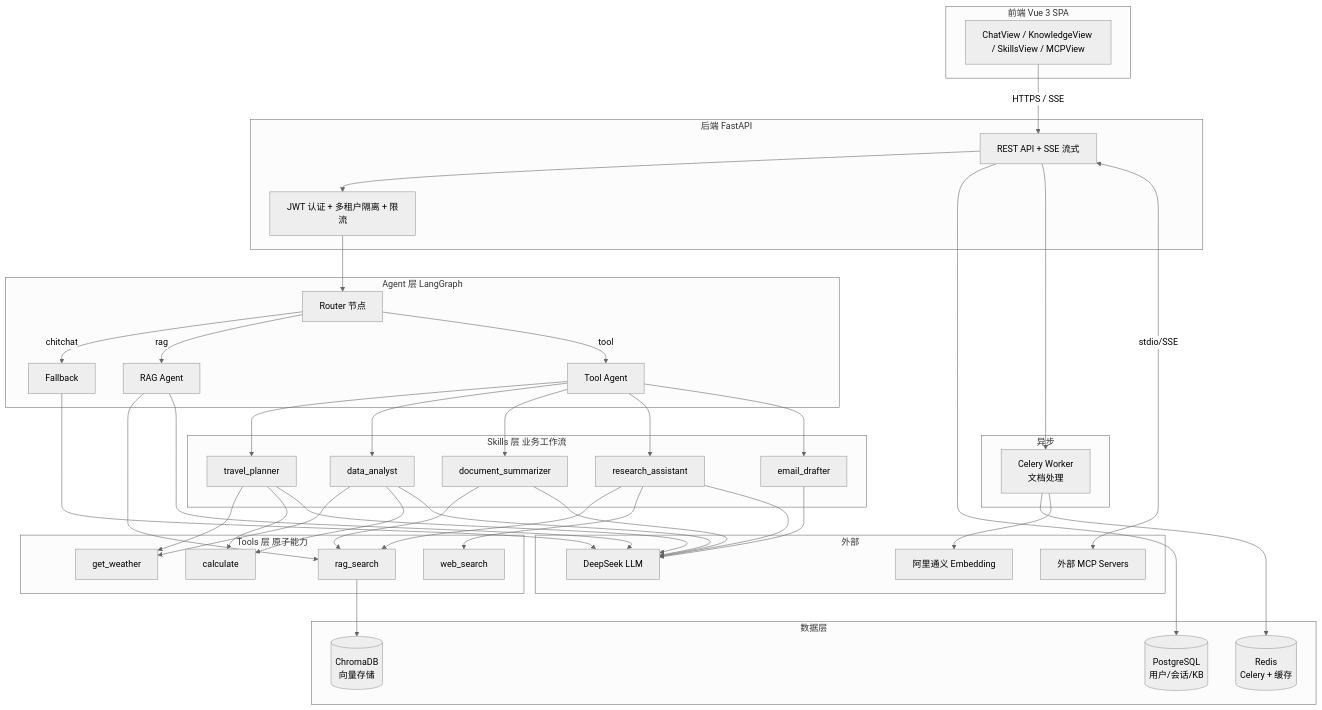
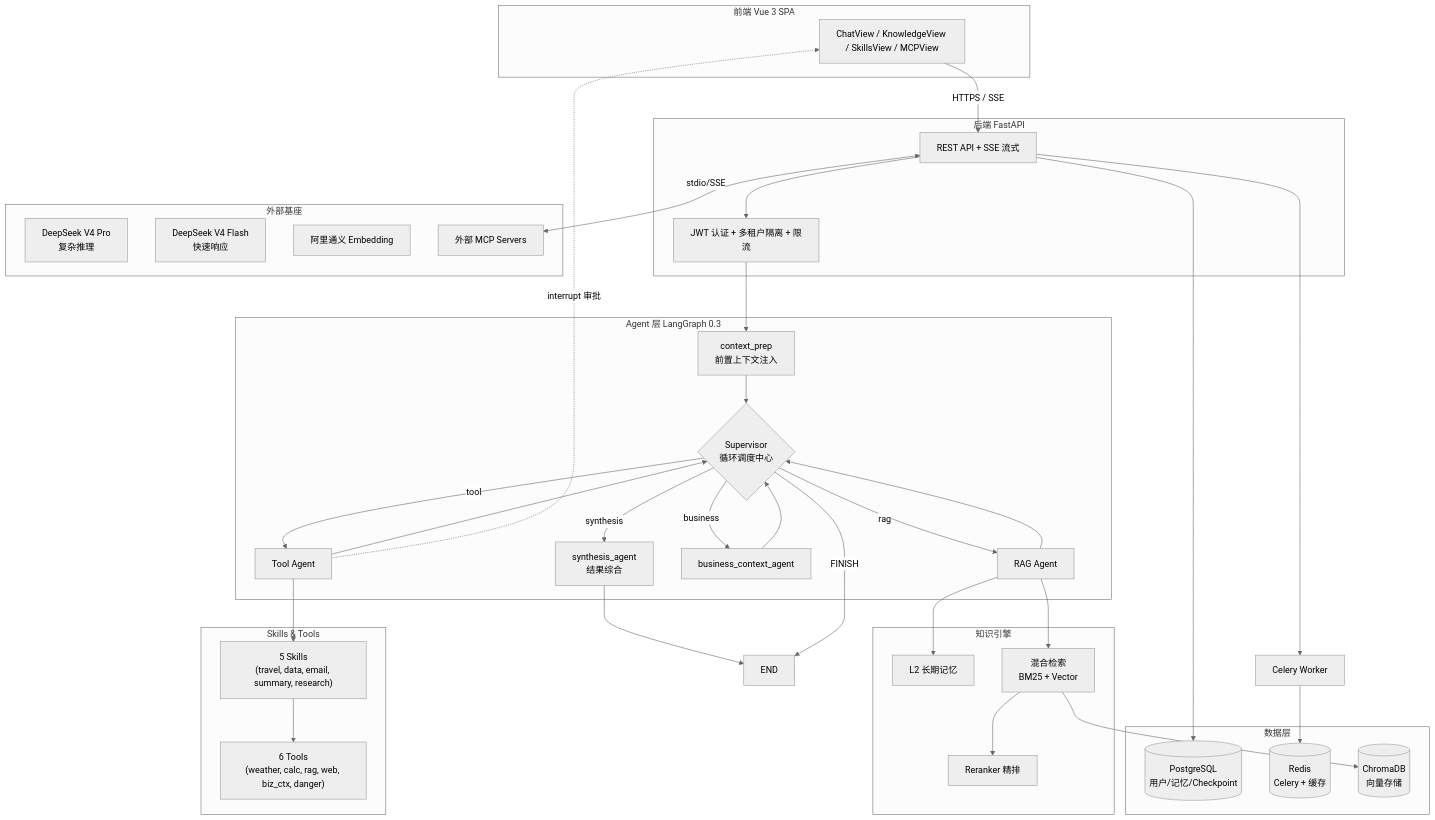
One commit to limengyuna/nexus-ai changed the diagram in README.md. Above: the diagram before and after it, drawn with Mermaid (neutral theme). The commit also changed other lines of this file, not shown here.

````diff
--- a/README.md
+++ b/README.md
@@ -88,66 +78,72 @@
 ```mermaid
 graph TB
     subgraph "前端 Vue 3 SPA"
         UI[ChatView / KnowledgeView / SkillsView / MCPView]
     end
 
     subgraph "后端 FastAPI"
         API[REST API + SSE 流式]
         AUTH[JWT 认证 + 多租户隔离 + 限流]
     end
 
-    subgraph "Agent 层 LangGraph"
-        ROUTER[Router 节点]
+    subgraph "Agent 层 LangGraph 0.3"
+        PREP[context_prep<br/>前置上下文注入]
+        SUPERVISOR{Supervisor<br/>循环调度中心}
         RAG_AGENT[RAG Agent]
         TOOL_AGENT[Tool Agent]
-        FALLBACK[Fallback]
+        BIZ_AGENT[business_context_agent]
+        SYNTH[synthesis_agent<br/>结果综合]
     end
 
-    subgraph "Skills 层 业务工作流"
-        S1[travel_planner]
-        S2[data_analyst]
-        S3[document_summarizer]
-        S4[research_assistant]
-        S5[email_drafter]
+    subgraph "知识引擎"
+        MEMORY[L2 长期记忆]
+        RETRIEVER[混合检索<br/>BM25 + Vector]
+        RERANKER[Reranker 精排]
     end
 
-    subgraph "Tools 层 原子能力"
-        T1[get_weather]
-        T2[calculate]
-        T3[rag_search]
-        T4[web_search]
+    subgraph "Skills & Tools"
+        SKILLS["5 Skills<br/>(travel, data, email, summary, research)"]
+        TOOLS["6 Tools<br/>(weather, calc, rag, web, biz_ctx, danger)"]
     end
 
     subgraph "数据层"
-        PG[(PostgreSQL<br/>用户/会话/KB)]
+        PG[(PostgreSQL<br/>用户/记忆/Checkpoint)]
         REDIS[(Redis<br/>Celery + 缓存)]
         CHROMA[(ChromaDB<br/>向量存储)]
     end
 
-    subgraph "异步"
-        CELERY[Celery Worker<br/>文档处理]
-    end
-
-    subgraph "外部"
-        DS[DeepSeek LLM]
-        TY[阿里通义 Embedding]
+    subgraph "外部基座"
+        PRO[DeepSeek V4 Pro<br/>复杂推理]
+        FLASH[DeepSeek V4 Flash<br/>快速响应]
+        EMB[阿里通义 Embedding]
         MCP_EXT[外部 MCP Servers]
     end
 
     UI -->|HTTPS / SSE| API
-    API --> AUTH --> ROUTER
-    ROUTER -->|chitchat| FALLBACK
-    ROUTER -->|rag| RAG_AGENT
-    ROUTER -->|tool| TOOL_AGENT
-    TOOL_AGENT --> S1 & S2 & S3 & S4 & S5
-    S1 & S2 --> T1 & T2
-    S3 --> T3
-    S4 --> T3 & T4
-    RAG_AGENT --> T3
-    T3 --> CHROMA
+    API --> AUTH --> PREP
+    PREP --> SUPERVISOR
+
+    SUPERVISOR -->|rag| RAG_AGENT
+    SUPERVISOR -->|tool| TOOL_AGENT
+    SUPERVISOR -->|business| BIZ_AGENT
+
+    RAG_AGENT --> SUPERVISOR
+    TOOL_AGENT --> SUPERVISOR
+    BIZ_AGENT --> SUPERVISOR
+    TOOL_AGENT -.->|interrupt 审批| UI
+
+    SUPERVISOR -->|synthesis| SYNTH
+    SYNTH --> END_NODE[END]
+    SUPERVISOR -->|FINISH| END_NODE
+
+    TOOL_AGENT --> SKILLS --> TOOLS
+
+    RAG_AGENT --> MEMORY
+    RAG_AGENT --> RETRIEVER
+    RETRIEVER --> RERANKER
+    RETRIEVER --> CHROMA
+
     API --> PG
-    API --> CELERY --> REDIS
-    CELERY --> TY
-    RAG_AGENT & FALLBACK & S1 & S2 & S3 & S4 & S5 --> DS
+    API --> CELERY[Celery Worker] --> REDIS
     API <-->|stdio/SSE| MCP_EXT
 ```
````
